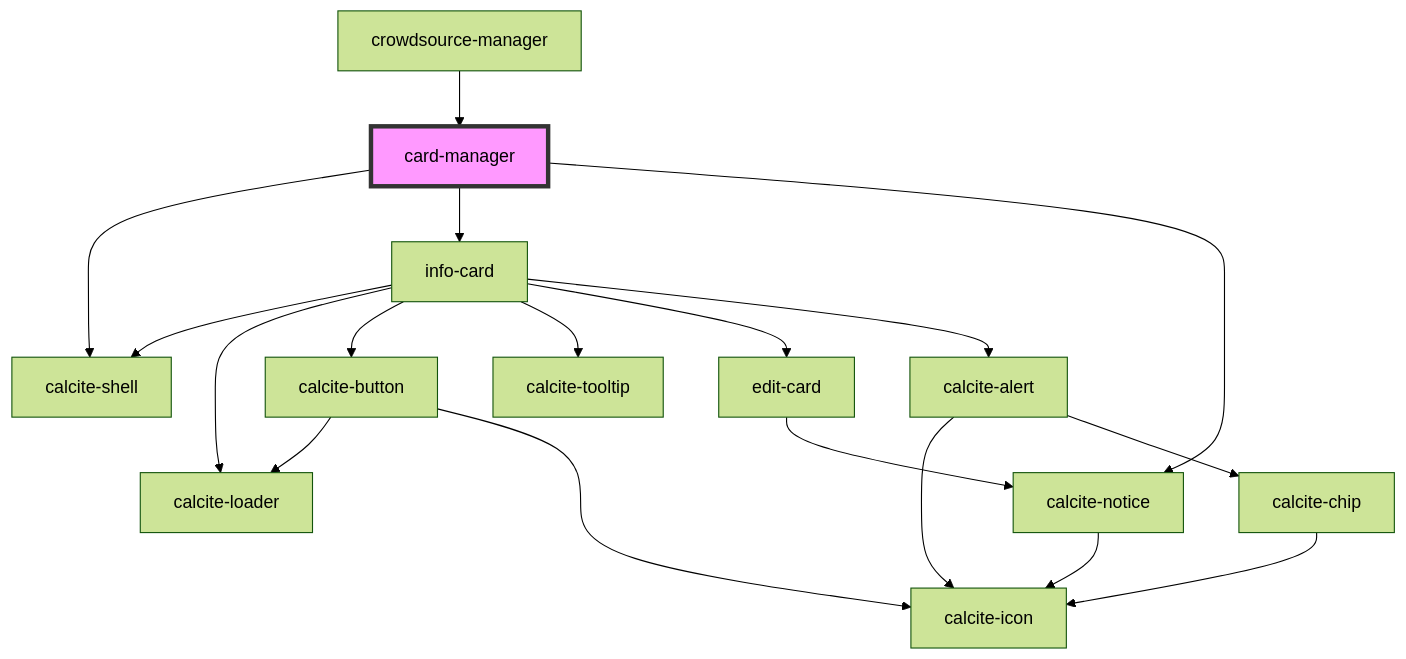
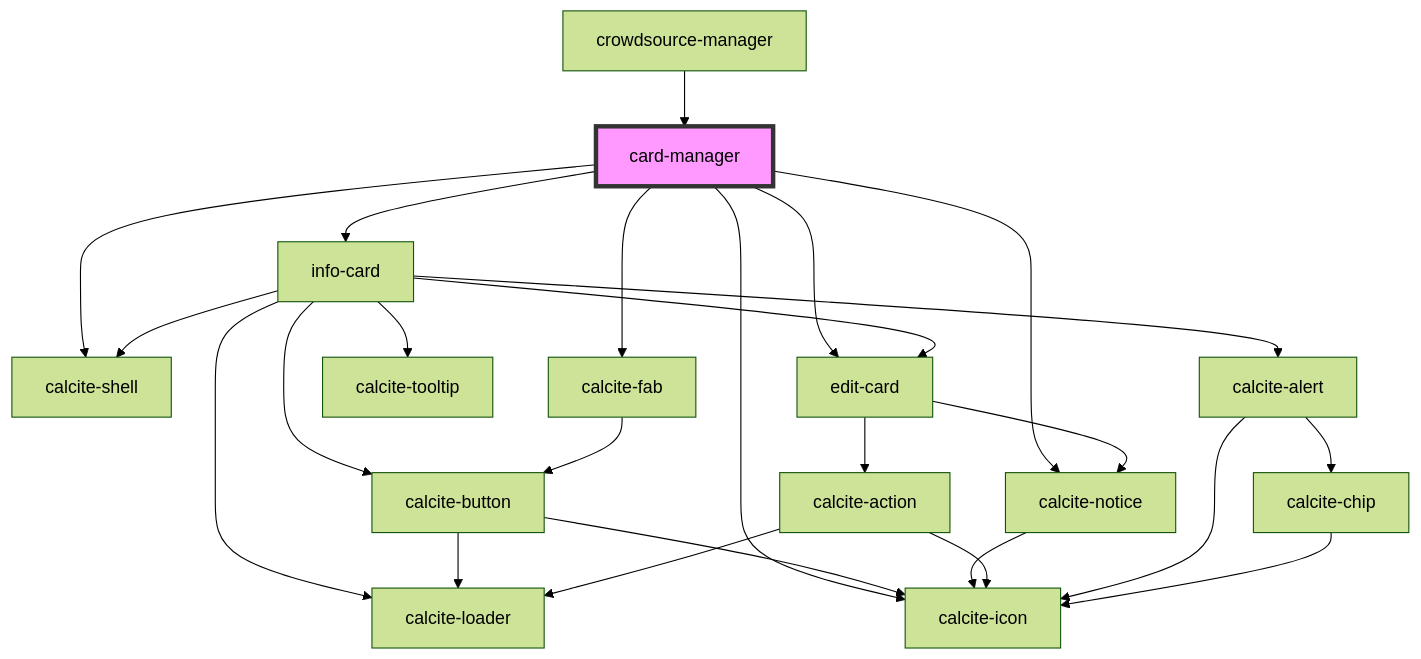
Before and after one commit to Esri/solutions-components: the diagram in src/components/card-manager/readme.md, drawn with Mermaid (forest theme). The commit also changed other lines of this file and 14 other files, not shown here.

````diff
--- a/src/components/card-manager/readme.md
+++ b/src/components/card-manager/readme.md
@@ -29,21 +32,28 @@
 ```mermaid
 graph TD;
   card-manager --> calcite-shell
   card-manager --> info-card
   card-manager --> calcite-notice
+  card-manager --> calcite-icon
+  card-manager --> calcite-fab
+  card-manager --> edit-card
   info-card --> calcite-shell
   info-card --> calcite-loader
   info-card --> calcite-button
   info-card --> calcite-tooltip
   info-card --> edit-card
   info-card --> calcite-alert
   calcite-button --> calcite-loader
   calcite-button --> calcite-icon
   edit-card --> calcite-notice
+  edit-card --> calcite-action
   calcite-notice --> calcite-icon
+  calcite-action --> calcite-loader
+  calcite-action --> calcite-icon
   calcite-alert --> calcite-icon
   calcite-alert --> calcite-chip
   calcite-chip --> calcite-icon
+  calcite-fab --> calcite-button
   crowdsource-manager --> card-manager
   style card-manager fill:#f9f,stroke:#333,stroke-width:4px
 ```
````
